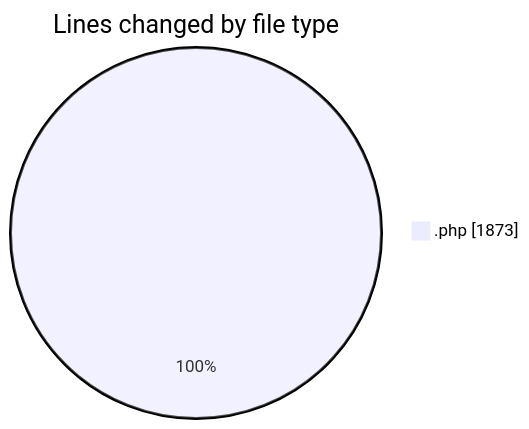
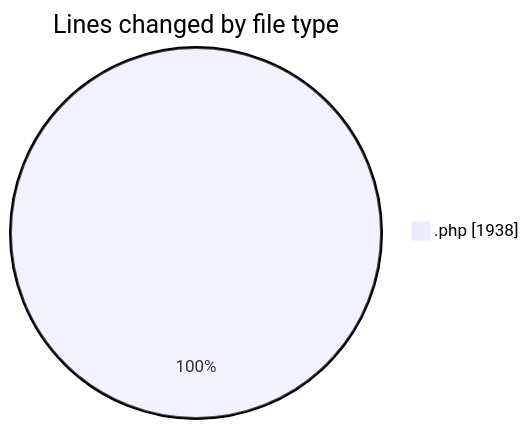
The first of 2 diagrams in 2026-01-13/plugins__workspace_/README.md (debugP/code-tracking), drawn with Mermaid before and after one commit. The commit also changed other lines of this file and 1 other file, not shown here.

````diff
--- a/2026-01-13/plugins__workspace_/README.md
+++ b/2026-01-13/plugins__workspace_/README.md
@@ -20,5 +20,5 @@
 ```mermaid
 pie showData
 title Lines changed by file type
-".php" : 1873
+".php" : 1938
 ```
````
